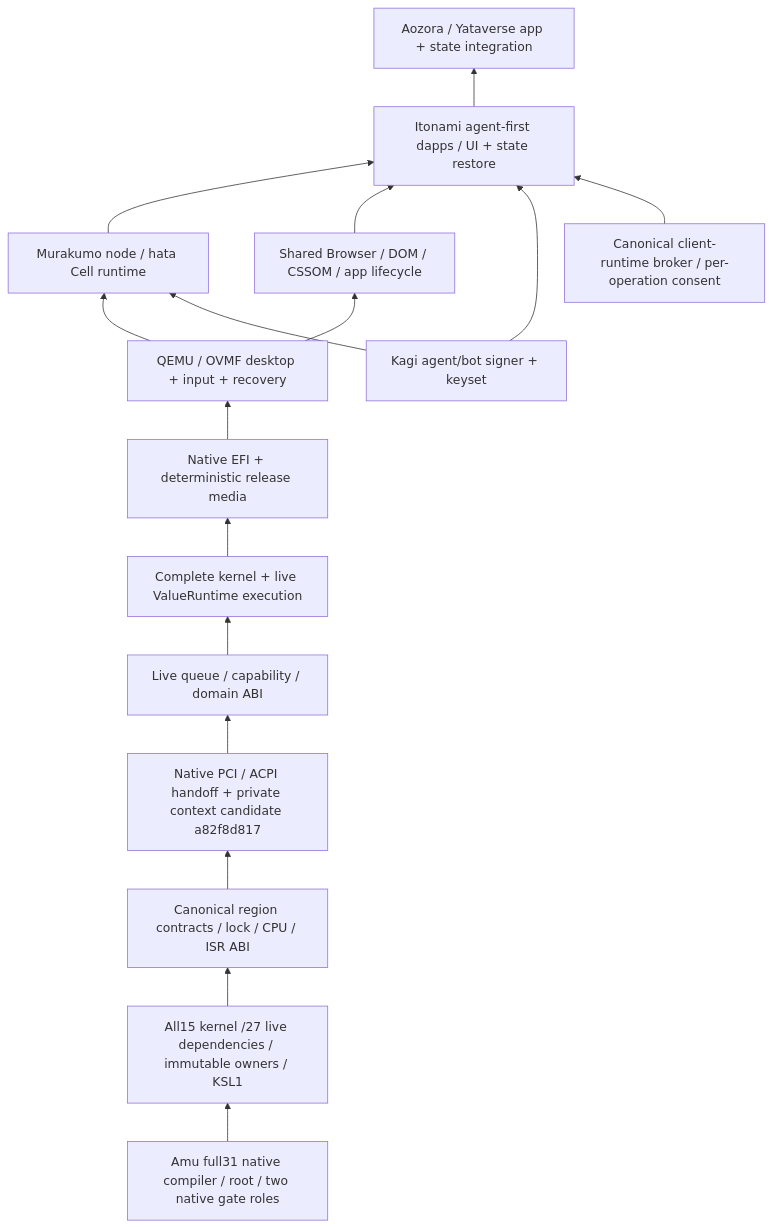
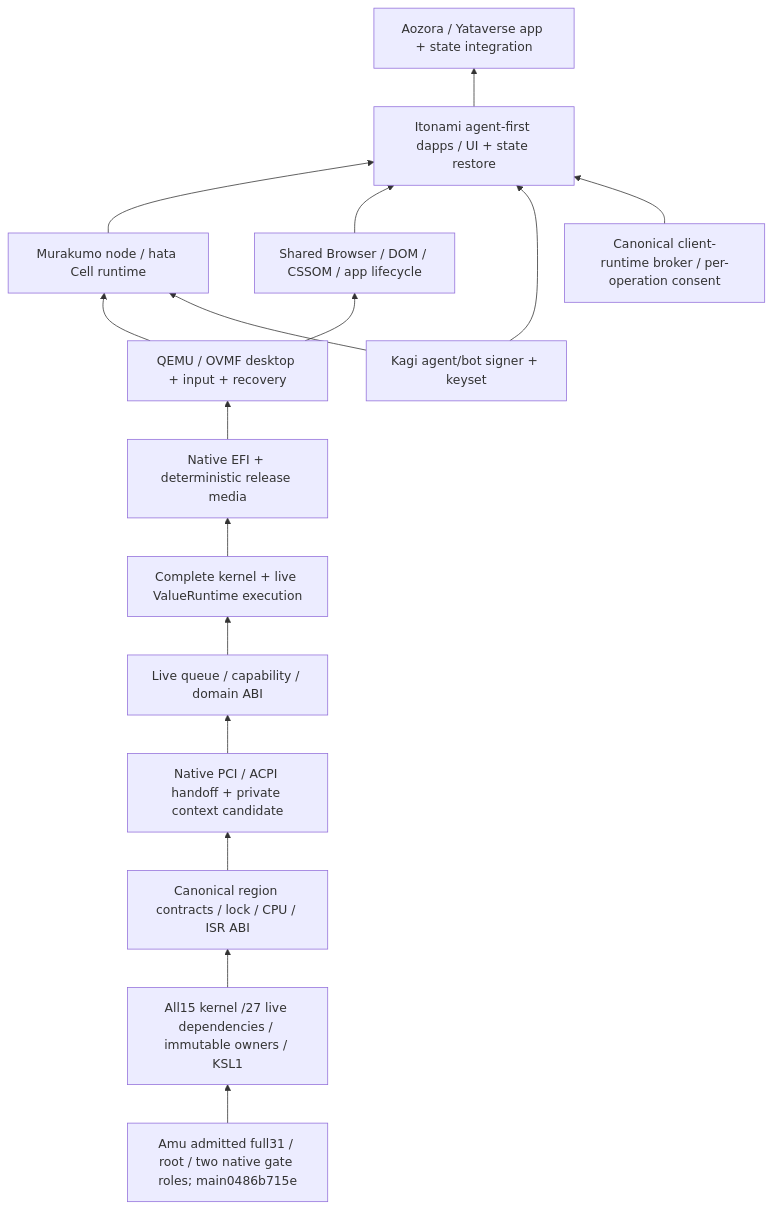
One commit to kotoba-lang/aiueos changed the diagram in 90-docs/native-selfhost-integration.md. Above: the diagram before and after it, drawn with Mermaid. The commit also changed other lines of this file and 6 other files, not shown here.

Commit message:
Refresh native integration ledger with latest-root graph evidence

````diff
--- a/90-docs/native-selfhost-integration.md
+++ b/90-docs/native-selfhost-integration.md
@@ -8,18 +8,18 @@
 ```mermaid
 flowchart BT
-  A["Amu full31 native compiler / root / two native gate roles"] --> B["All15 kernel /27 live dependencies / immutable owners / KSL1"]
+  A["Amu admitted full31 / root / two native gate roles; main0486b715e"] --> B["All15 kernel /27 live dependencies / immutable owners / KSL1"]
   B --> C["Canonical region contracts / lock / CPU / ISR ABI"]
-  C --> P["Native PCI / ACPI handoff + private context candidate a82f8d817"]
+  C --> P["Native PCI / ACPI handoff + private context candidate"]
   P --> V["Live queue / capability / domain ABI"]
   V --> D["Complete kernel + live ValueRuntime execution"]
   D --> E["Native EFI + deterministic release media"]
   E --> Q["QEMU / OVMF desktop + input + recovery"]
   Q --> N["Murakumo node / hata Cell runtime"]
   Q --> W["Shared Browser / DOM / CSSOM / app lifecycle"]
   N --> F["Itonami agent-first dapps / UI + state restore"]
   W --> F
   F --> G["Aozora / Yataverse app + state integration"]
   H["Kagi agent/bot signer + keyset"] --> N
   H --> F
   R["Canonical client-runtime broker / per-operation consent"] --> F
 ```
````
